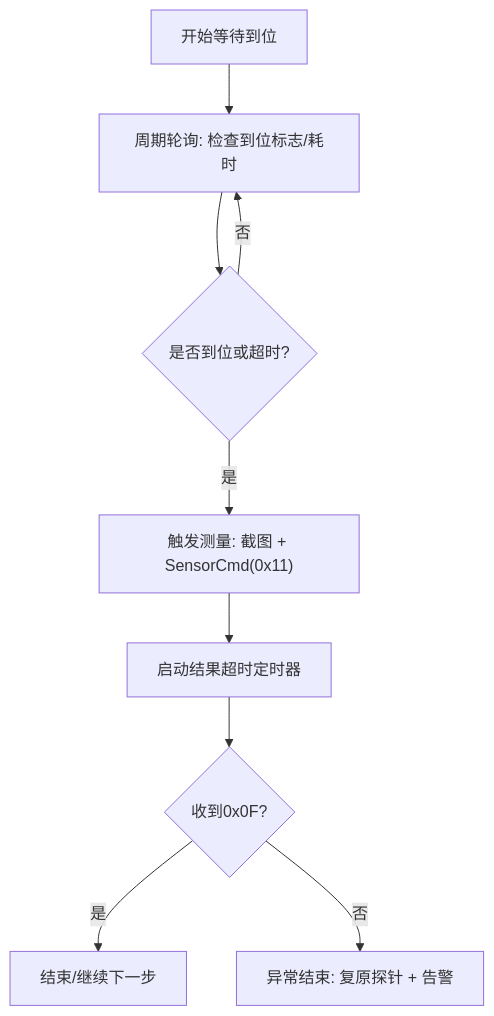
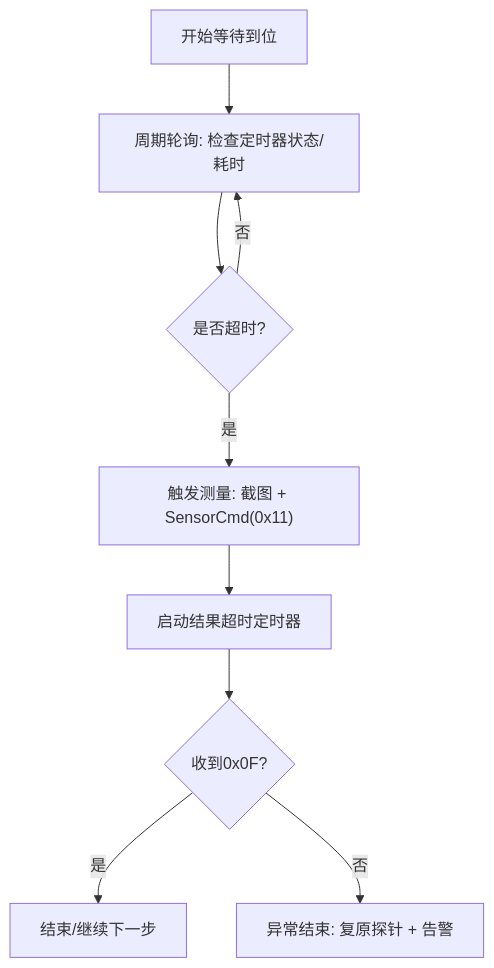
One commit to yangreest/Zero-value-Insulator-Robot-V2 changed the fifth of 7 diagrams in .qoder/repowiki/zh/content/用户手册/检测工作流程/检测执行阶段/探针定位控制.md. Above: the diagram before and after it, drawn with Mermaid. The commit also changed other lines of this file and 3 other files, not shown here.

````diff
--- a/.qoder/repowiki/zh/content/用户手册/检测工作流程/检测执行阶段/探针定位控制.md
+++ b/.qoder/repowiki/zh/content/用户手册/检测工作流程/检测执行阶段/探针定位控制.md
@@ -191,11 +190,11 @@
 ```mermaid
 flowchart TD
-S["开始等待到位"] --> P["周期轮询: 检查到位标志/耗时"]
-P --> J{"是否到位或超时?"}
+S["开始等待到位"] --> P["周期轮询: 检查定时器状态/耗时"]
+P --> J{"是否超时?"}
 J --> |是| M["触发测量: 截图 + SensorCmd(0x11)"]
 J --> |否| P
 M --> T["启动结果超时定时器"]
 T --> R{"收到0x0F?"}
 R --> |是| End["结束/继续下一步"]
 R --> |否| Abort["异常结束: 复原探针 + 告警"]
 ```
````
